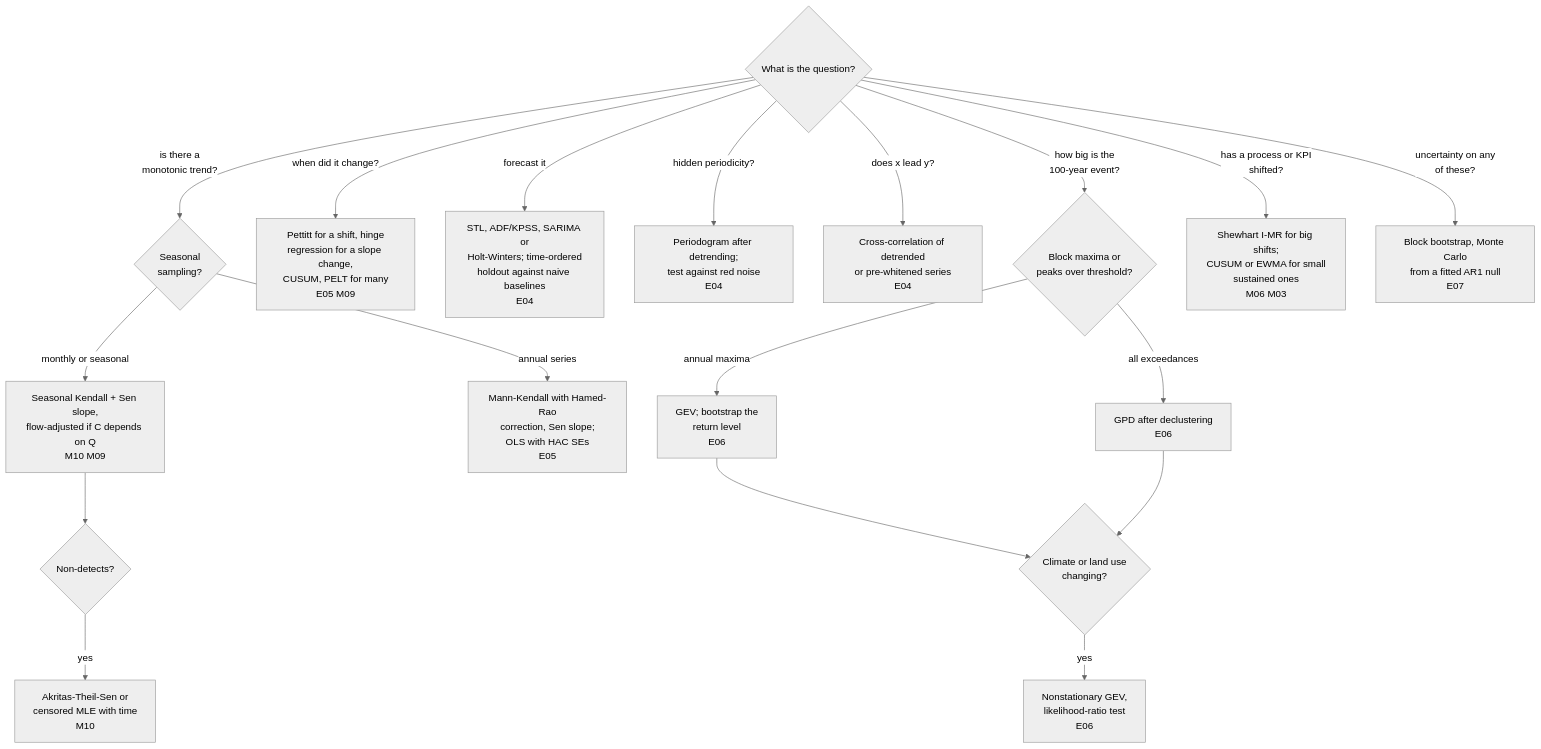
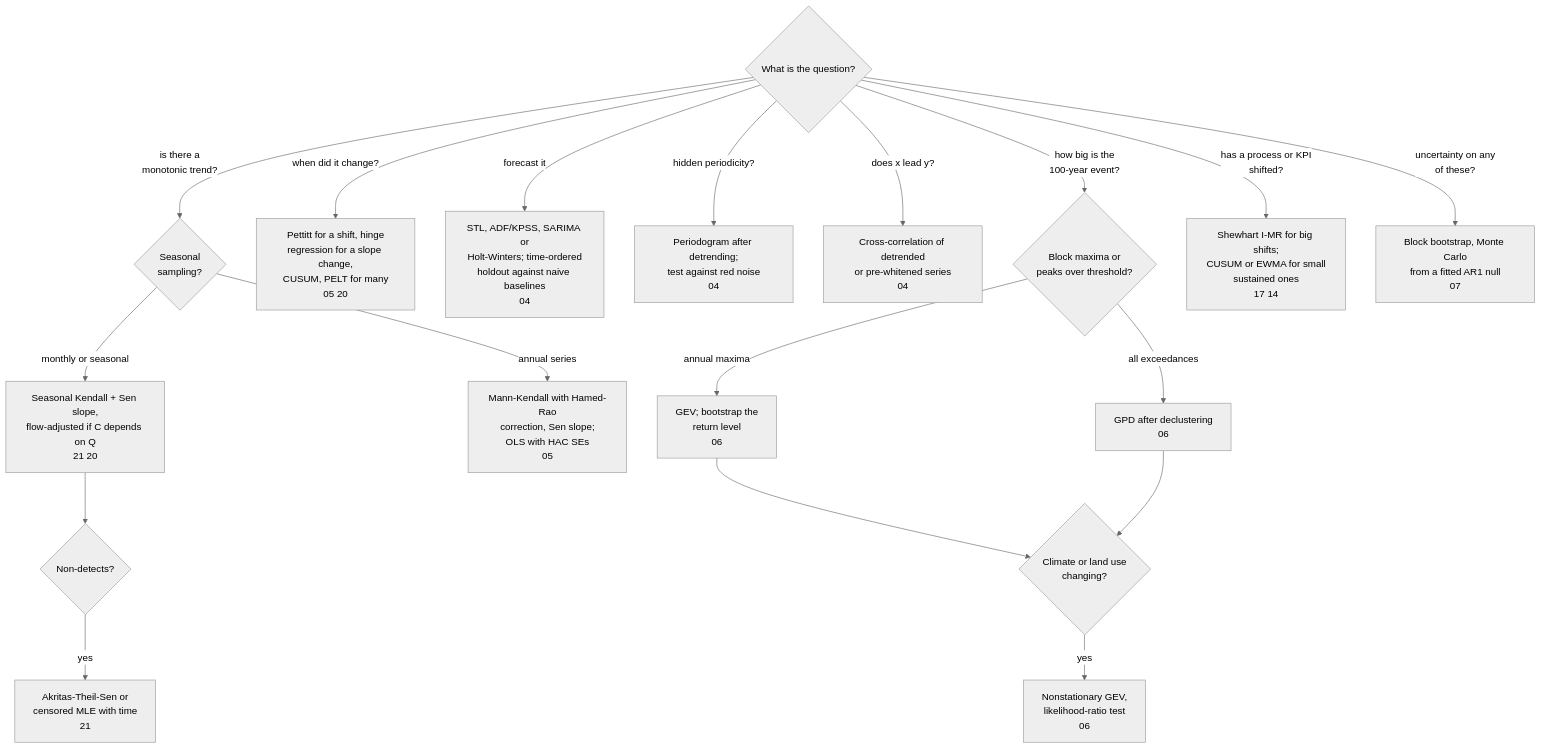
One commit to ethannol/stats-cheatsheet changed the fourth of 7 diagrams in FLOWCHART.md. Above: the diagram before and after it, drawn with Mermaid (neutral theme). The commit also changed other lines of this file and 31 other files, not shown here.

````diff
--- a/FLOWCHART.md
+++ b/FLOWCHART.md
@@ -85,20 +85,20 @@
 ```mermaid
 flowchart TD
     A{What is the question?} -- "is there a<br>monotonic trend?" --> B{Seasonal<br>sampling?}
-    B -- "monthly or seasonal" --> B1[Seasonal Kendall + Sen slope,<br>flow-adjusted if C depends on Q<br>M10 M09]
-    B -- "annual series" --> B2[Mann-Kendall with Hamed-Rao<br>correction, Sen slope;<br>OLS with HAC SEs<br>E05]
+    B -- "monthly or seasonal" --> B1[Seasonal Kendall + Sen slope,<br>flow-adjusted if C depends on Q<br>21 20]
+    B -- "annual series" --> B2[Mann-Kendall with Hamed-Rao<br>correction, Sen slope;<br>OLS with HAC SEs<br>05]
     B1 --> B3{Non-detects?}
-    B3 -- yes --> B4[Akritas-Theil-Sen or<br>censored MLE with time<br>M10]
-    A -- "when did it change?" --> C[Pettitt for a shift, hinge<br>regression for a slope change,<br>CUSUM, PELT for many<br>E05 M09]
-    A -- "forecast it" --> D[STL, ADF/KPSS, SARIMA or<br>Holt-Winters; time-ordered<br>holdout against naive baselines<br>E04]
-    A -- "hidden periodicity?" --> E[Periodogram after detrending;<br>test against red noise<br>E04]
-    A -- "does x lead y?" --> F[Cross-correlation of detrended<br>or pre-whitened series<br>E04]
+    B3 -- yes --> B4[Akritas-Theil-Sen or<br>censored MLE with time<br>21]
+    A -- "when did it change?" --> C[Pettitt for a shift, hinge<br>regression for a slope change,<br>CUSUM, PELT for many<br>05 20]
+    A -- "forecast it" --> D[STL, ADF/KPSS, SARIMA or<br>Holt-Winters; time-ordered<br>holdout against naive baselines<br>04]
+    A -- "hidden periodicity?" --> E[Periodogram after detrending;<br>test against red noise<br>04]
+    A -- "does x lead y?" --> F[Cross-correlation of detrended<br>or pre-whitened series<br>04]
     A -- "how big is the<br>100-year event?" --> G{Block maxima or<br>peaks over threshold?}
-    G -- "annual maxima" --> G1[GEV; bootstrap the<br>return level<br>E06]
-    G -- "all exceedances" --> G2[GPD after declustering<br>E06]
+    G -- "annual maxima" --> G1[GEV; bootstrap the<br>return level<br>06]
+    G -- "all exceedances" --> G2[GPD after declustering<br>06]
     G1 --> G3{Climate or land use<br>changing?}
     G2 --> G3
-    G3 -- yes --> G4[Nonstationary GEV,<br>likelihood-ratio test<br>E06]
-    A -- "has a process or KPI<br>shifted?" --> H[Shewhart I-MR for big shifts;<br>CUSUM or EWMA for small<br>sustained ones<br>M06 M03]
-    A -- "uncertainty on any<br>of these?" --> I[Block bootstrap, Monte Carlo<br>from a fitted AR1 null<br>E07]
+    G3 -- yes --> G4[Nonstationary GEV,<br>likelihood-ratio test<br>06]
+    A -- "has a process or KPI<br>shifted?" --> H[Shewhart I-MR for big shifts;<br>CUSUM or EWMA for small<br>sustained ones<br>17 14]
+    A -- "uncertainty on any<br>of these?" --> I[Block bootstrap, Monte Carlo<br>from a fitted AR1 null<br>07]
 ```
````
